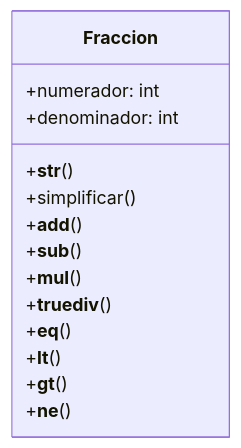
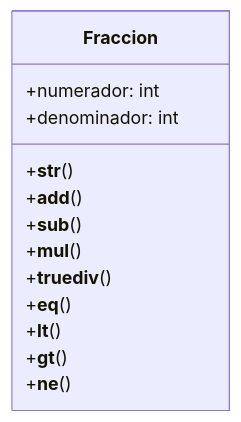
Before and after one commit to anahicabreracalisaya2/psg-oop-2025: the diagram in retos_sesion_08/ejercicio_01.md, drawn with Mermaid. The commit also changed other lines of this file and 3 other files, not shown here.

````diff
--- a/retos_sesion_08/ejercicio_01.md
+++ b/retos_sesion_08/ejercicio_01.md
@@ -26,17 +26,16 @@
 ```mermaid
 classDiagram
     class Fraccion {
         +numerador: int
         +denominador: int
         +__str__()
-        +simplificar()
         +__add__()
         +__sub__()
         +__mul__()
         +__truediv__()
         +__eq__()
         +__lt__()
         +__gt__()
         +__ne__()
     }
 ```
````
